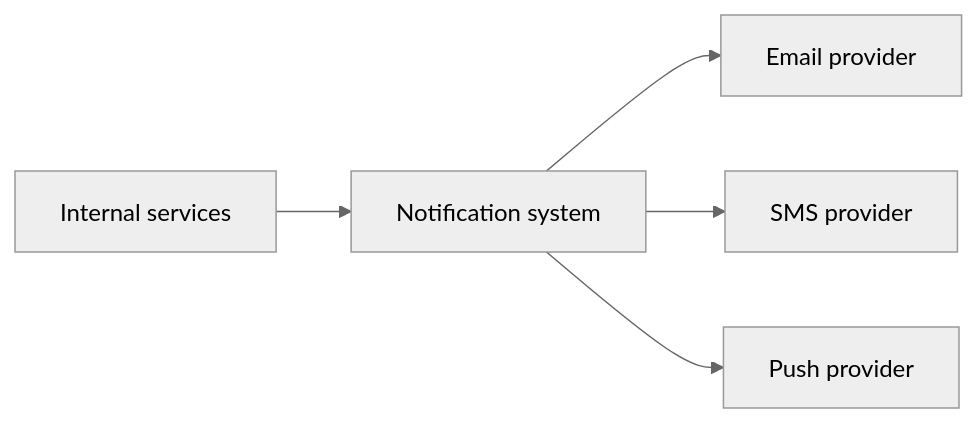
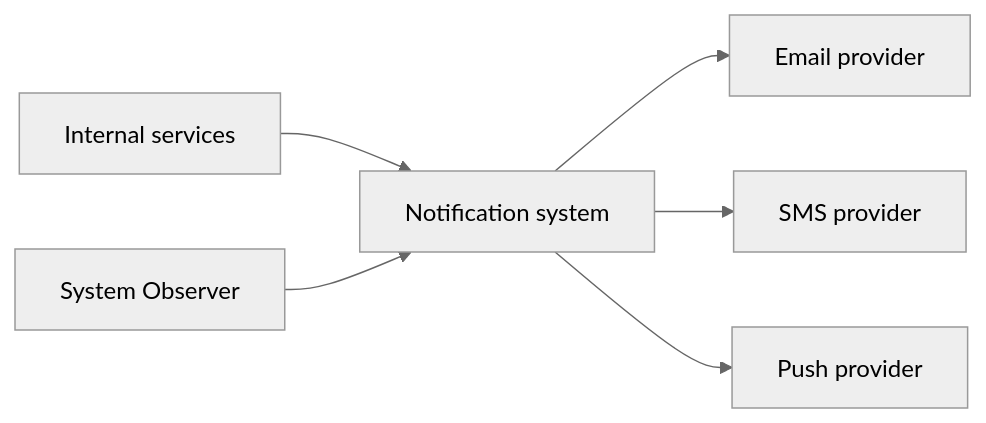
The first of 4 diagrams in case-studies/notification-service/README.md (0xRichardL/system-design-practice), drawn with Mermaid (neutral theme) before and after one commit. The commit also changed other lines of this file, not shown here.

Commit message:
refactor(notification service): update terminology from 'provider' to 'channel' for clarity feat: add observation components and flows

````diff
--- a/case-studies/notification-service/README.md
+++ b/case-studies/notification-service/README.md
@@ -269,7 +269,8 @@
 ```mermaid
 flowchart LR
     Producers[Internal services] --> NS[Notification system]
+    SO[System Observer] --> NS
     NS --> Email[Email provider]
     NS --> SMS[SMS provider]
     NS --> Push[Push provider]
 ```
````
